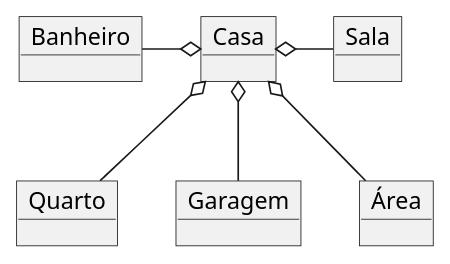
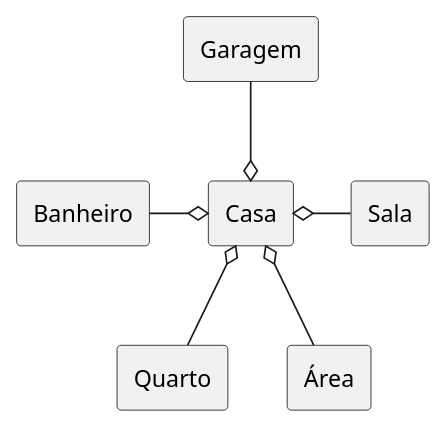
One commit to kyriosdata/oo changed the diagram in Imagens/modelos-03/mod03ima01/mod03ima01.plantuml. Above: the diagram before and after it, drawn with PlantUML. The commit also changed 15 other files, not shown here.

```diff
--- a/Imagens/modelos-03/mod03ima01/mod03ima01.plantuml
+++ b/Imagens/modelos-03/mod03ima01/mod03ima01.plantuml
@@ -1,13 +1,13 @@
 @startuml mod03ima01
-object "Casa" as ca
-object "Quarto" as qu
-object "Banheiro" as ba
-object "Sala" as sa
-object "Garagem" as ga
-object "Área" as ar
-ca o-- qu
+rectangle "Casa" as ca
+rectangle "Quarto" as qu
+rectangle "Banheiro" as ba
+rectangle "Sala" as sa
+rectangle "Garagem" as ga
+rectangle "Área" as ar
+ca o-down- qu
 ca o-left- ba
 ca o-right- sa
-ca o-- ga
+ca o-up- ga
 ca o-- ar
 @enduml
```
